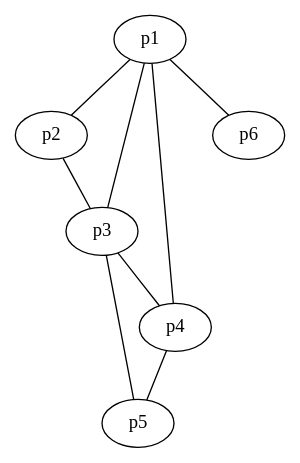
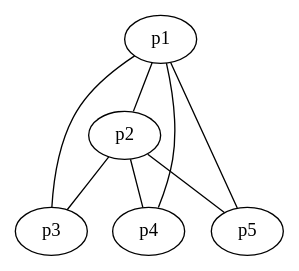
One commit to Markopolo141/The_Generalized_N-K_Value changed the diagram in experiment3/1.dot. Above: the diagram before and after it, drawn with Graphviz. The commit also changed 9 other files, not shown here.

```diff
--- a/experiment3/1.dot
+++ b/experiment3/1.dot
@@ -1,10 +1,9 @@
 graph graphname {
     p1 -- p2;
     p1 -- p3;
     p2 -- p3;
-    p3 -- p4;
+    p2 -- p4;
     p1 -- p4;
-    p4 -- p5;
-    p3 -- p5;
-    p1 -- p6;
+    p2 -- p5;
+    p1 -- p5;
 }
```
